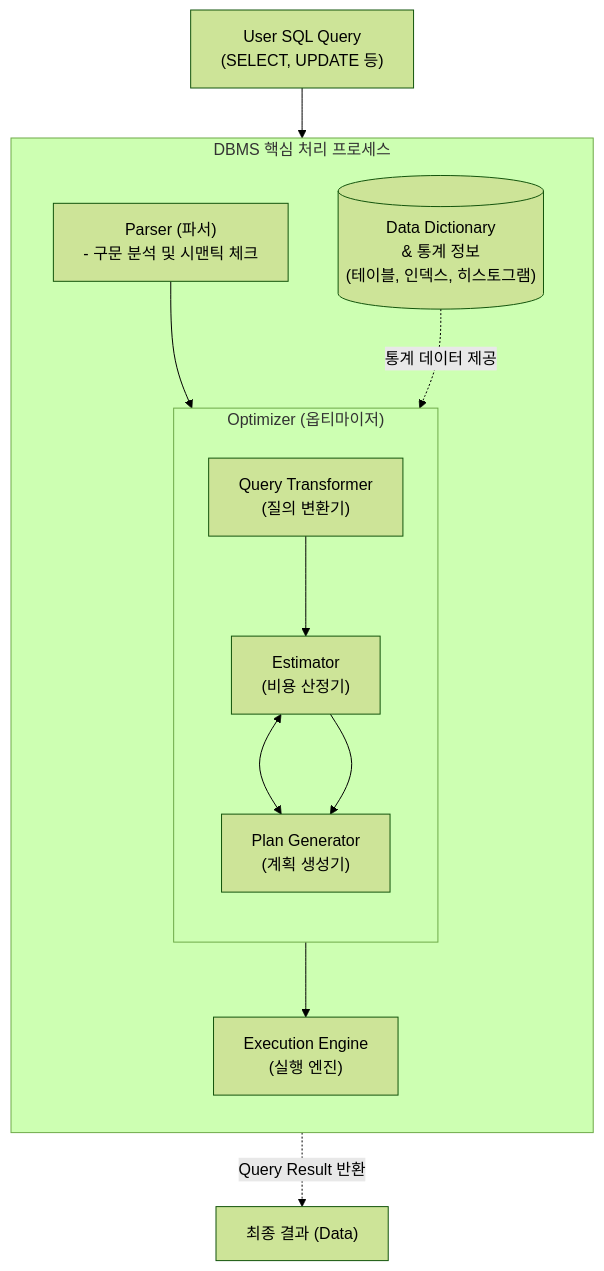
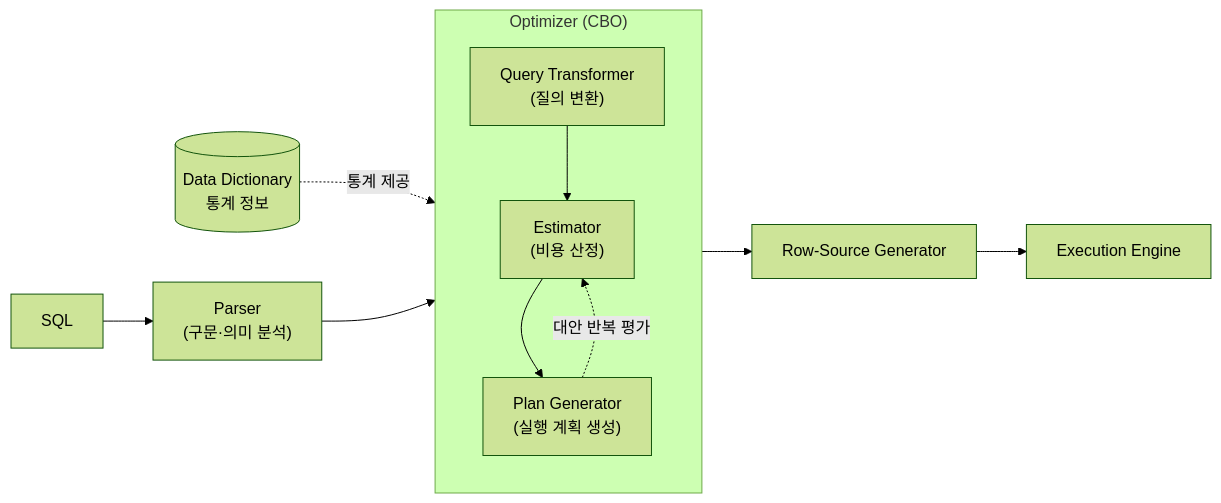
One commit to supremethumb/supremethumb.github.io changed the diagram in content/01_IT Tech/OPTIMIZER.md. Above: the diagram before and after it, drawn with Mermaid (forest theme). The commit also changed other lines of this file and 1087 other files, not shown here.

````diff
--- a/content/01_IT Tech/OPTIMIZER.md
+++ b/content/01_IT Tech/OPTIMIZER.md
@@ -30,31 +36,11 @@
 ```mermaid
-flowchart TD
-    UserQuery["User SQL Query<br/>(SELECT, UPDATE 등)"]
-    
-    subgraph DBMS_Engine ["DBMS 핵심 처리 프로세스"]
+flowchart LR
+    SQL["SQL"] --> Parser["Parser<br/>(구문·의미 분석)"]
+    subgraph Opt["Optimizer (CBO)"]
         direction TB
-        Parser["Parser (파서)<br/>- 구문 분석 및 시맨틱 체크"]
-        
-        subgraph Optimizer ["Optimizer (옵티마이저)"]
-            direction TB
-            QT["Query Transformer<br/>(질의 변환기)"]
-            Estimator["Estimator<br/>(비용 산정기)"]
-            PG["Plan Generator<br/>(계획 생성기)"]
-            
-            QT --> Estimator
-            Estimator <--> PG
-        end
-        
-        Dict[("Data Dictionary<br/>& 통계 정보<br/>(테이블, 인덱스, 히스토그램)")]
-        
-        ExecEngine["Execution Engine<br/>(실행 엔진)"]
+        QT["Query Transformer<br/>(질의 변환)"] --> Est["Estimator<br/>(비용 산정)"] --> PG["Plan Generator<br/>(실행 계획 생성)"]
+        PG -. "대안 반복 평가" .-> Est
     end
-    
-    UserQuery --> Parser
-    Parser --> QT
-    Dict -. "통계 데이터 제공" .-> Estimator
-    Estimator --> PG
-    PG --> ExecEngine
-    ExecEngine -. "Query Result 반환" .-> Output["최종 결과 (Data)"]
-
+    Dict[("Data Dictionary<br/>통계 정보")] -. "통계 제공" .-> Est
+    Parser --> Opt --> RSG["Row-Source Generator"] --> EE["Execution Engine"]
 ```
````
